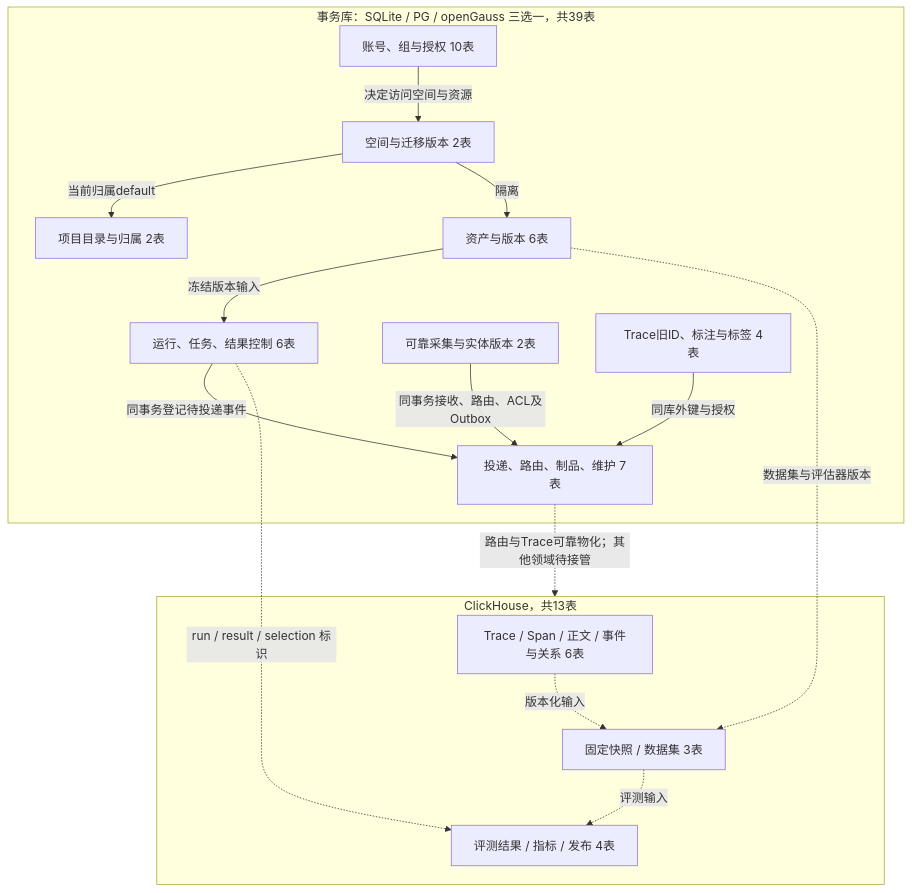
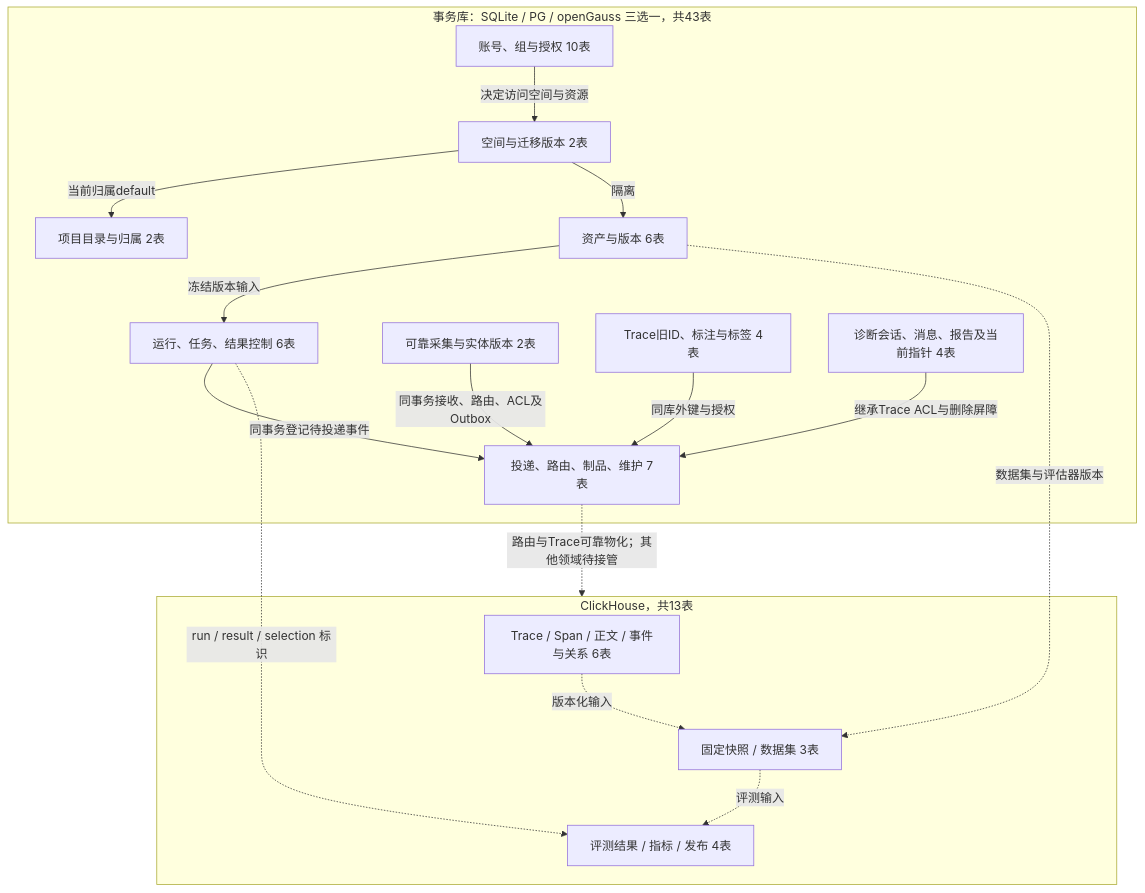
The first of 9 diagrams in design/platform/analytical-transactional-storage/core-table-dictionary.md (openeuler-mirror/agent-insight), drawn with Mermaid before and after one commit. The commit also changed other lines of this file and 69 other files, not shown here.

````diff
--- a/design/platform/analytical-transactional-storage/core-table-dictionary.md
+++ b/design/platform/analytical-transactional-storage/core-table-dictionary.md
@@ -11,30 +11,32 @@
 ```mermaid
 flowchart TB
-  subgraph TX[事务库：SQLite / PG / openGauss 三选一，共39表]
+  subgraph TX[事务库：SQLite / PG / openGauss 三选一，共43表]
     BASE[空间与迁移版本 2表]
     PROJECT[项目目录与归属 2表]
     IAM[账号、组与授权 10表]
     ASSET[资产与版本 6表]
     RUN[运行、任务、结果控制 6表]
     SUPPORT[投递、路由、制品、维护 7表]
     INGEST[可靠采集与实体版本 2表]
     META[Trace旧ID、标注与标签 4表]
+    DIAG[诊断会话、消息、报告及当前指针 4表]
+    DIAG -->|继承Trace ACL与删除屏障| SUPPORT
     META -->|同库外键与授权| SUPPORT
     IAM -->|决定访问空间与资源| BASE
     BASE -->|当前归属default| PROJECT
     BASE -->|隔离| ASSET
     ASSET -->|冻结版本输入| RUN
     RUN -->|同事务登记待投递事件| SUPPORT
     INGEST -->|同事务接收、路由、ACL及Outbox| SUPPORT
   end
   subgraph CH[ClickHouse，共13表]
     TRACE[Trace / Span / 正文 / 事件与关系 6表]
     DATA[固定快照 / 数据集 3表]
     EVAL[评测结果 / 指标 / 发布 4表]
     TRACE -.->|版本化输入| DATA
     DATA -.->|评测输入| EVAL
   end
   SUPPORT -.->|路由与Trace可靠物化；其他领域待接管| CH
   ASSET -.->|数据集与评估器版本| DATA
   RUN -.->|run / result / selection 标识| EVAL
 ```
````
